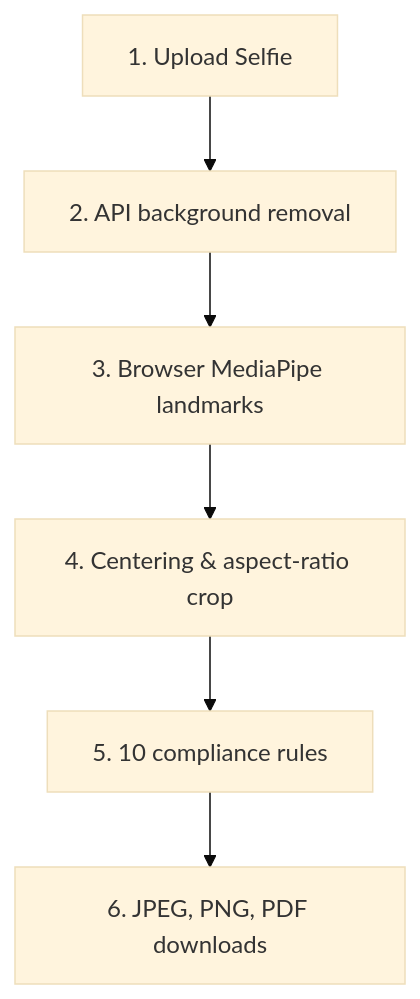
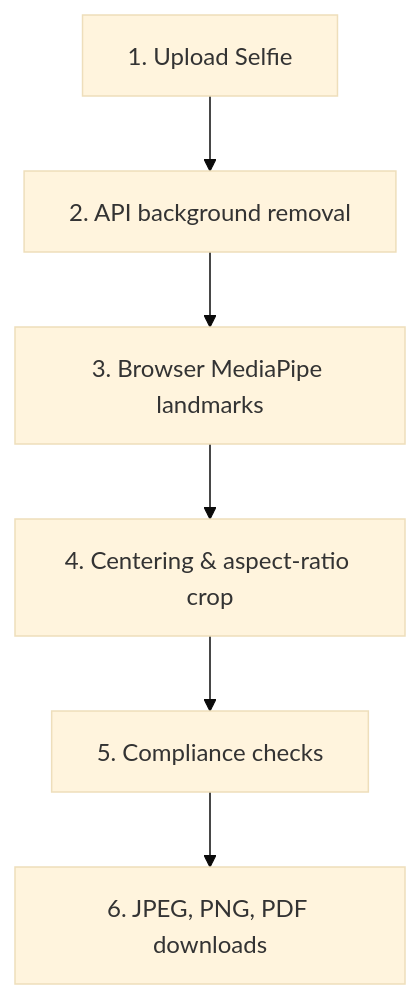
One commit to MohanNalamalapu/PassportAi changed the diagram in markdown_files/ARCHITECTURE.md. Above: the diagram before and after it, drawn with Mermaid (base theme). The commit also changed other lines of this file and 11 other files, not shown here.

````diff
--- a/markdown_files/ARCHITECTURE.md
+++ b/markdown_files/ARCHITECTURE.md
@@ -9,8 +9,8 @@
 ```mermaid
 flowchart TD
   Upload[1. Upload Selfie] --> BG[2. API background removal]
   BG --> Vision[3. Browser MediaPipe landmarks]
   Vision --> Crop[4. Centering & aspect-ratio crop]
-  Crop --> Check[5. 10 compliance rules]
+  Crop --> Check[5. Compliance checks]
   Check --> Export[6. JPEG, PNG, PDF downloads]
 ```
````
